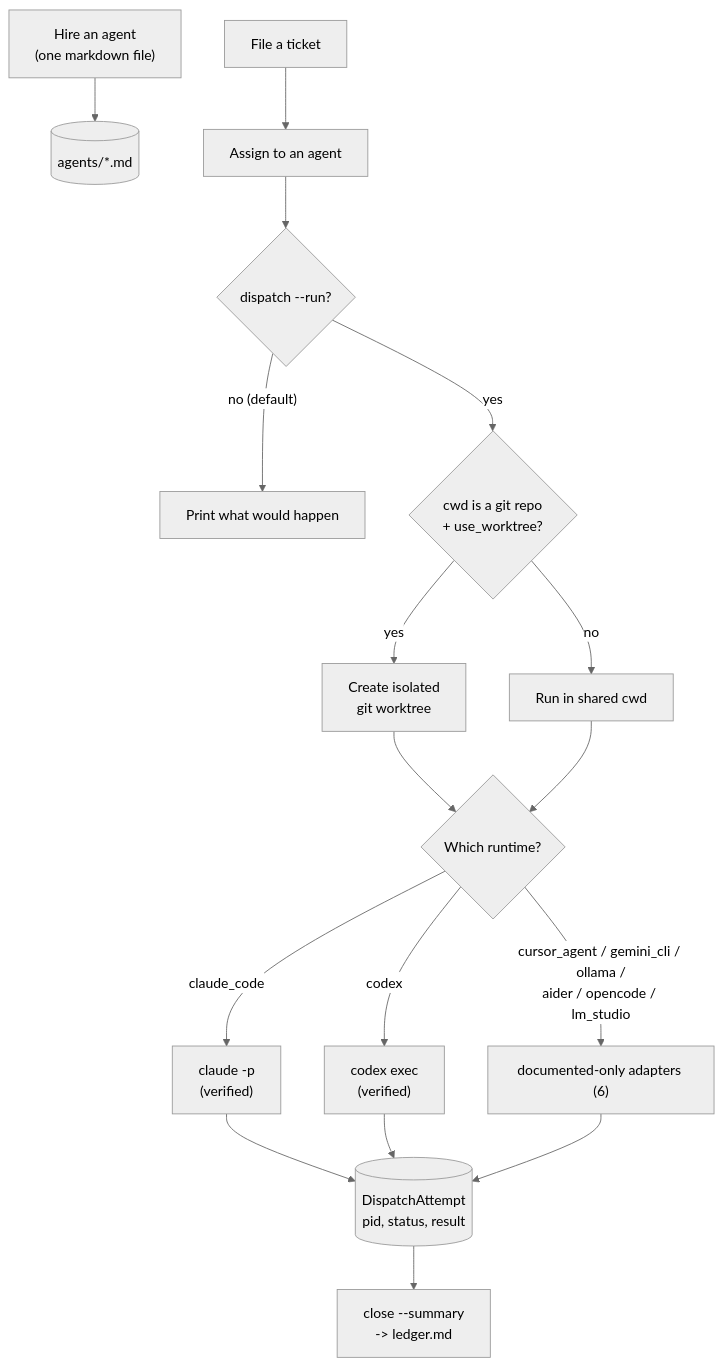
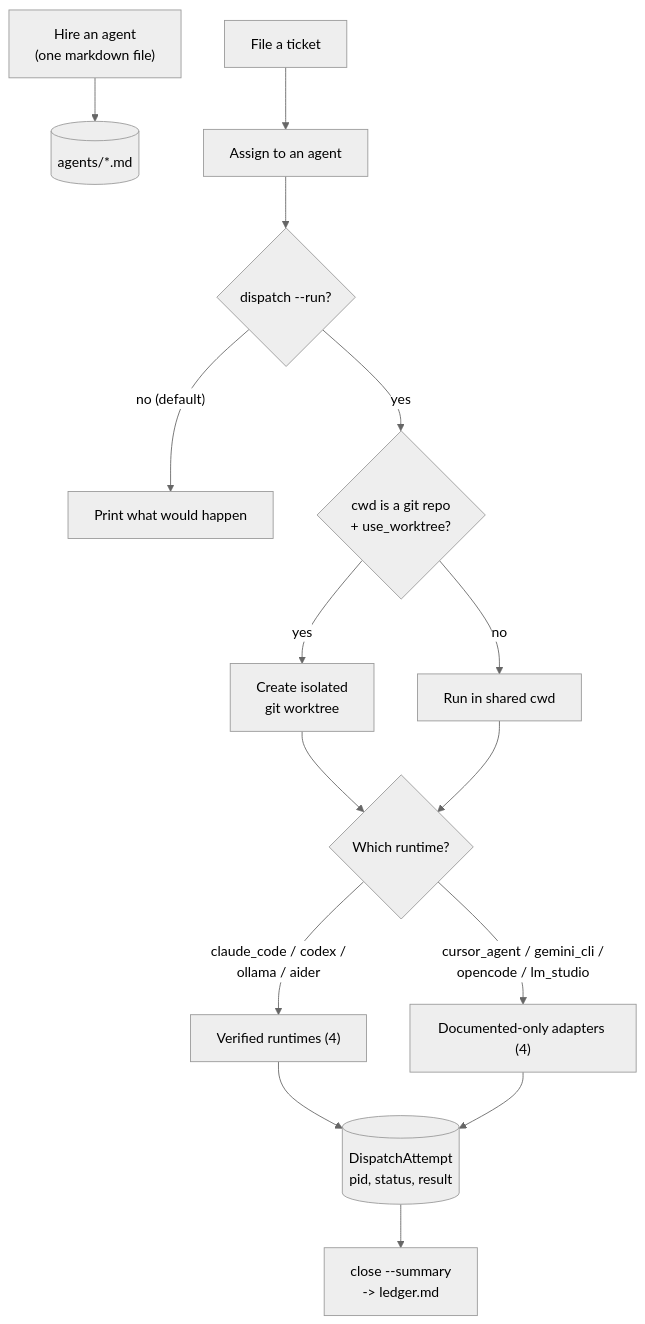
The diagram in README.md (PlainJane20/muster), drawn with Mermaid (neutral theme) before and after one commit. The commit also changed other lines of this file and 10 other files, not shown here.

First line of the commit message:
Verify two more runtimes for real: Ollama and Aider (4 verified now, not 2)

````diff
--- a/README.md
+++ b/README.md
@@ -105,19 +105,17 @@
 ```mermaid
 flowchart TD
     Hire["Hire an agent<br/>(one markdown file)"] --> Registry[(agents/*.md)]
     Ticket["File a ticket"] --> Assign["Assign to an agent"]
     Assign --> Dispatch{"dispatch --run?"}
     Dispatch -->|"no (default)"| Print["Print what would happen"]
     Dispatch -->|"yes"| WorktreeCheck{"cwd is a git repo<br/>+ use_worktree?"}
     WorktreeCheck -->|yes| Worktree["Create isolated<br/>git worktree"]
     WorktreeCheck -->|no| Shared["Run in shared cwd"]
     Worktree --> Runtime{"Which runtime?"}
     Shared --> Runtime
-    Runtime -->|claude_code| CC["claude -p<br/>(verified)"]
-    Runtime -->|codex| CX["codex exec<br/>(verified)"]
-    Runtime -->|"cursor_agent / gemini_cli / ollama /<br/>aider / opencode / lm_studio"| Doc["documented-only adapters (6)"]
+    Runtime -->|"claude_code / codex /<br/>ollama / aider"| CC["Verified runtimes (4)"]
+    Runtime -->|"cursor_agent / gemini_cli /<br/>opencode / lm_studio"| Doc["Documented-only adapters (4)"]
     CC --> Attempt[("DispatchAttempt<br/>pid, status, result")]
-    CX --> Attempt
     Doc --> Attempt
     Attempt --> Ledger["close --summary<br/>-> ledger.md"]
 ```
````
